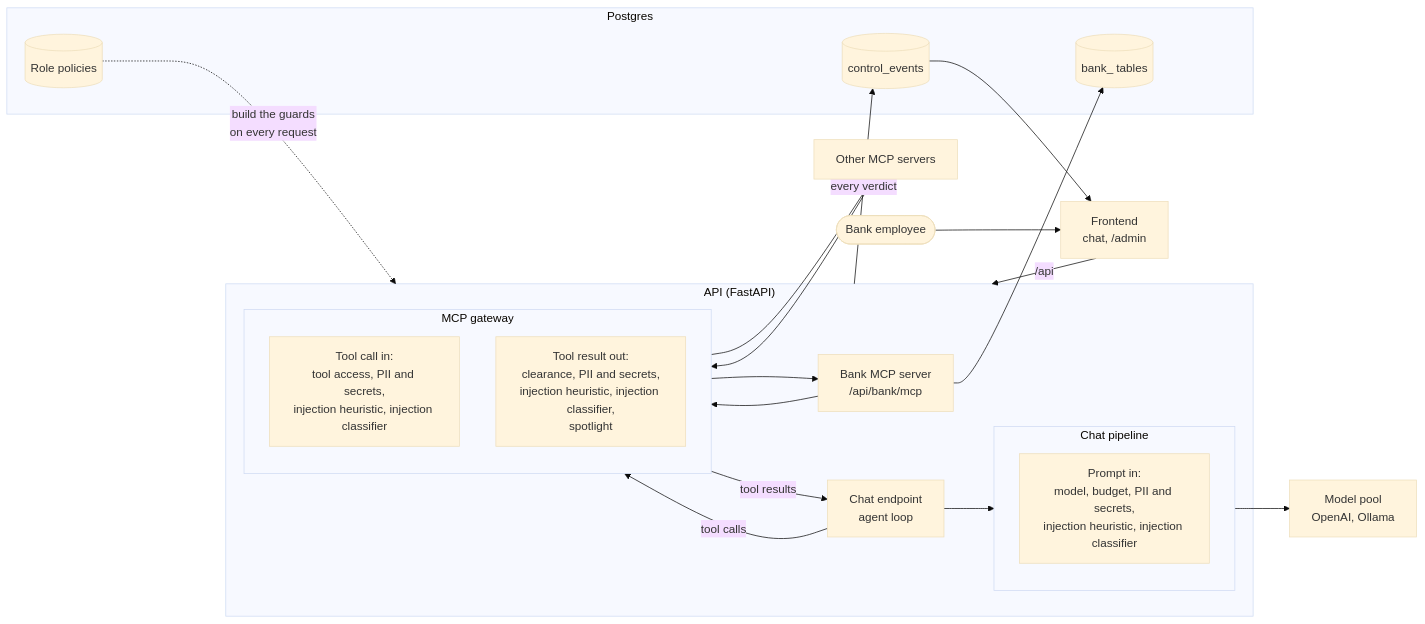
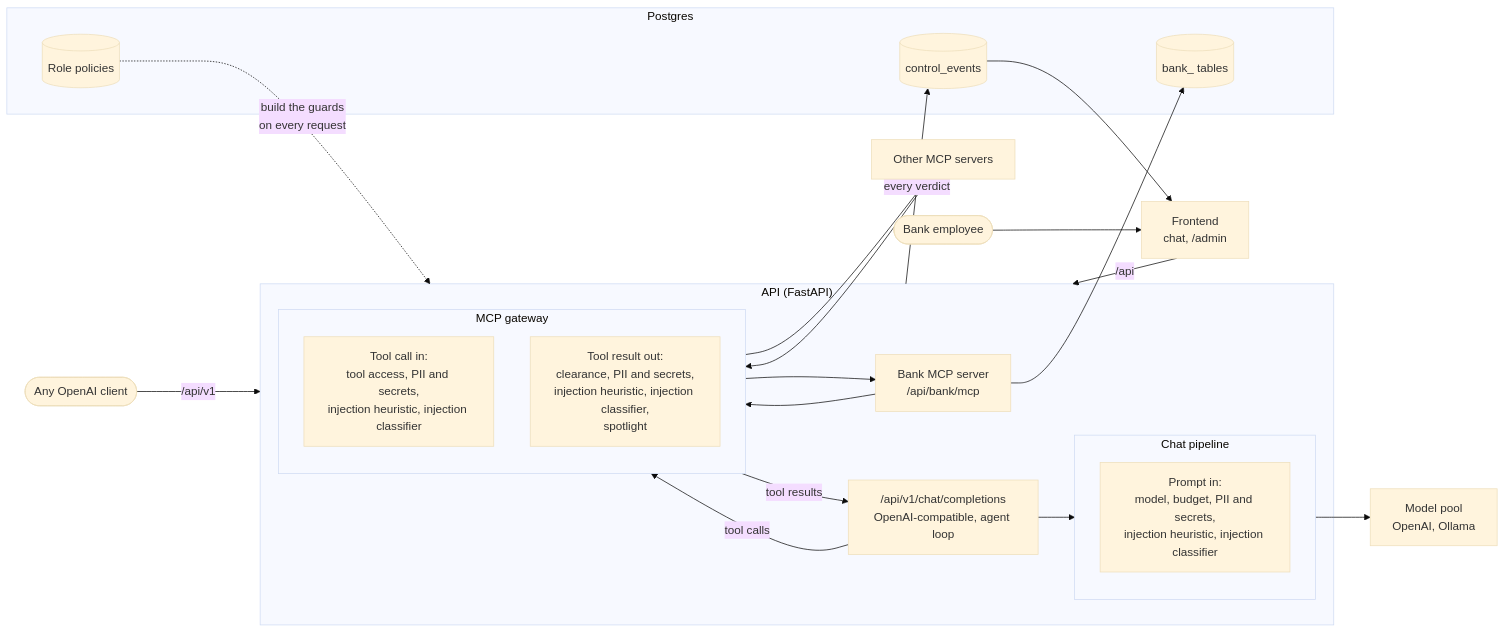
The diagram in README.md (rozumalex/controllayer), drawn with Mermaid (base theme) before and after one commit. The commit also changed other lines of this file and 13 other files, not shown here.

Commit message:
Replace /api/chat with an OpenAI-compatible /api/v1, so any OpenAI client reaches the bank assistant and the model pool through the control layer

````diff
--- a/README.md
+++ b/README.md
@@ -7,39 +7,40 @@
 ```mermaid
 flowchart LR
     user(["Bank employee"]) --> app["Frontend<br/>chat, /admin"]
+    client(["Any OpenAI client"]) -- "/api/v1" --> api
     app -- "/api" --> api
 
     subgraph api ["API (FastAPI)"]
-        chat["Chat endpoint<br/>agent loop"]
+        chat["/api/v1/chat/completions<br/>OpenAI-compatible, agent loop"]
         subgraph chatpipe ["Chat pipeline"]
             direction TB
             cin["Prompt in:<br/>model, budget, PII and secrets,<br/>injection heuristic, injection classifier"]
         end
         subgraph gateway ["MCP gateway"]
             direction TB
             gin["Tool call in:<br/>tool access, PII and secrets,<br/>injection heuristic, injection classifier"]
             gout["Tool result out:<br/>clearance, PII and secrets,<br/>injection heuristic, injection classifier,<br/>spotlight"]
         end
         bank["Bank MCP server<br/>/api/bank/mcp"]
         chat --> cin
         chat -- "tool calls" --> gin
         gout -- "tool results" --> chat
     end
 
     cin --> openai["Model pool<br/>OpenAI, Ollama"]
     gin --> bank
     gin --> other["Other MCP servers"]
     bank --> gout
     other --> gout
 
     policy[("Role policies")] -. "build the guards<br/>on every request" .-> api
     api -- "every verdict" --> events[("control_events")]
     events --> app
 
     subgraph db ["Postgres"]
         policy
         events
         bankdata[("bank_ tables")]
     end
     bank --> bankdata
 ```
````
